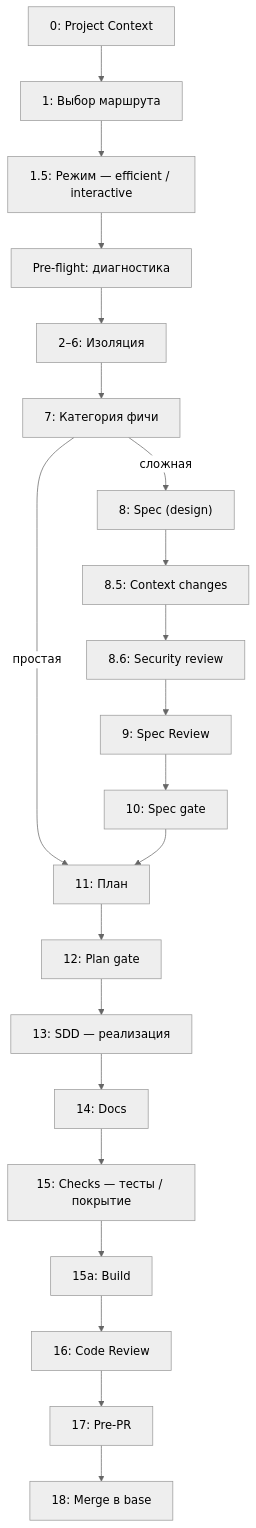
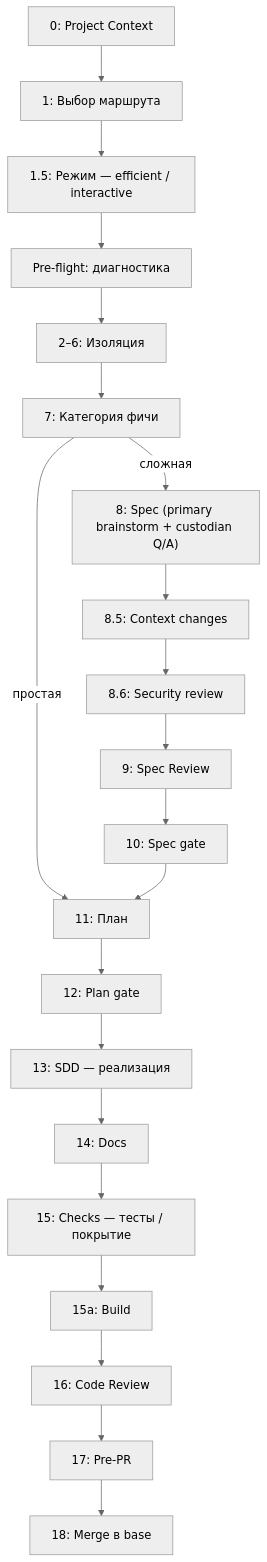
One commit to wad-jet/maestro changed the first of 2 diagrams in manual_docs/explanation/pipeline-overview.md. Above: the diagram before and after it, drawn with Mermaid (neutral theme). The commit also changed other lines of this file and 33 other files, not shown here.

First line of the commit message:
feat(revise): Revise через opus+оркестратор и рефейм design→custodian

````diff
--- a/manual_docs/explanation/pipeline-overview.md
+++ b/manual_docs/explanation/pipeline-overview.md
@@ -61,26 +61,26 @@
 ```mermaid
 flowchart TB
   Step0["0: Project Context"] --> Step1["1: Выбор маршрута"]
   Step1 --> Step15["1.5: Режим — efficient / interactive"]
   Step15 --> Step2["Pre-flight: диагностика"]
   Step2 --> Step3_6["2–6: Изоляция"]
   Step3_6 --> Step7["7: Категория фичи"]
 
-  Step7 -- сложная --> Step8["8: Spec (design)"]
+  Step7 -- сложная --> Step8["8: Spec (primary brainstorm + custodian Q/A)"]
   Step7 -- простая --> Step11["11: План"]
 
   Step8 --> Step85["8.5: Context changes"]
   Step85 --> Step86["8.6: Security review"]
   Step86 --> Step9["9: Spec Review"]
   Step9 --> Step10["10: Spec gate"]
   Step10 --> Step11
 
   Step11 --> Step12["12: Plan gate"]
   Step12 --> Step13["13: SDD — реализация"]
   Step13 --> Step14["14: Docs"]
   Step14 --> Step15a["15: Checks — тесты / покрытие"]
   Step15a --> Step15b["15a: Build"]
   Step15b --> Step16["16: Code Review"]
   Step16 --> Step17["17: Pre-PR"]
   Step17 --> Step18["18: Merge в base"]
 ```
````
